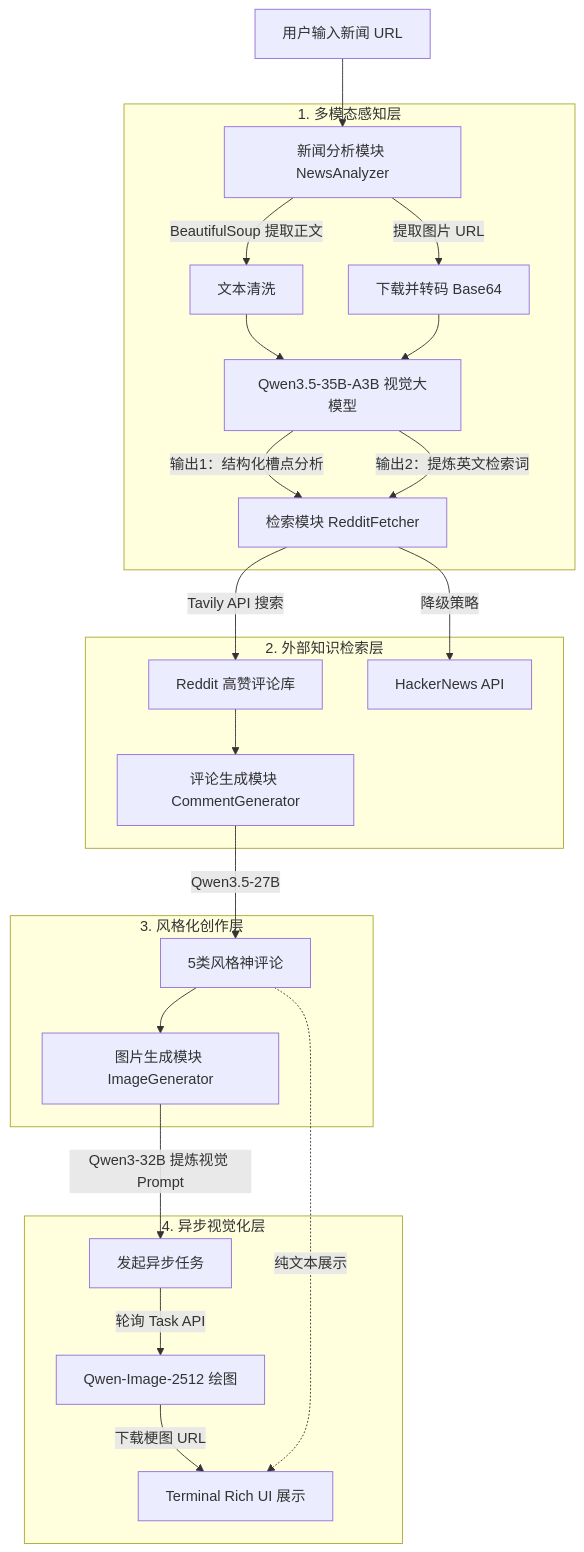
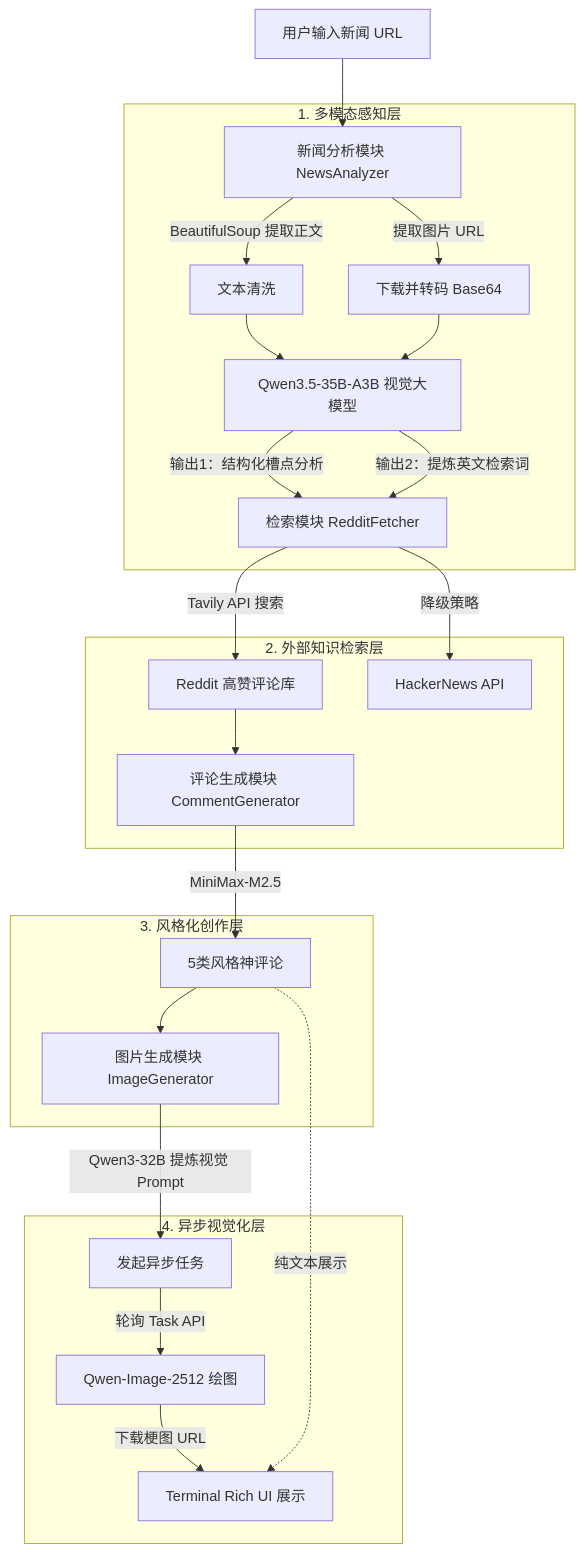
Before and after one commit to unclezhou486/NewsRoast-Agent: the diagram in README.md, drawn with Mermaid.

Commit message:
fix model name

````diff
--- a/README.md
+++ b/README.md
@@ -19,32 +19,32 @@
 ```mermaid
 graph TD
     A[用户输入新闻 URL] --> B[新闻分析模块 NewsAnalyzer]
     
     subgraph 1. 多模态感知层
     B -- BeautifulSoup 提取正文 --> B1[文本清洗]
     B -- 提取图片 URL --> B2[下载并转码 Base64]
     B1 --> B3[Qwen3.5-35B-A3B 视觉大模型]
     B2 --> B3
     B3 -- 输出1：结构化槽点分析 --> C
     B3 -- 输出2：提炼英文检索词 --> C
     end
 
     subgraph 2. 外部知识检索层
     C[检索模块 RedditFetcher] -- Tavily API 搜索 --> C1[Reddit 高赞评论库]
     C -- 降级策略 --> C2[HackerNews API]
     C1 --> D
     end
 
     subgraph 3. 风格化创作层
-    D[评论生成模块 CommentGenerator] -- Qwen3.5-27B --> D1[5类风格神评论]
+    D[评论生成模块 CommentGenerator] -- MiniMax-M2.5 --> D1[5类风格神评论]
     D1 --> E
     end
 
     subgraph 4. 异步视觉化层
     E[图片生成模块 ImageGenerator] -- Qwen3-32B 提炼视觉 Prompt --> E1[发起异步任务]
     E1 -- 轮询 Task API --> E2[Qwen-Image-2512 绘图]
     E2 -- 下载梗图 URL --> F[Terminal Rich UI 展示]
     end
     
     D1 -. 纯文本展示 .-> F
 ```
````
